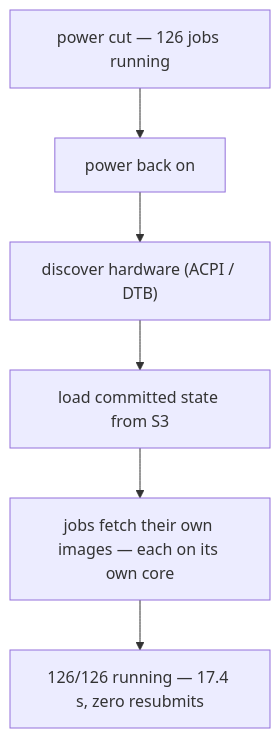
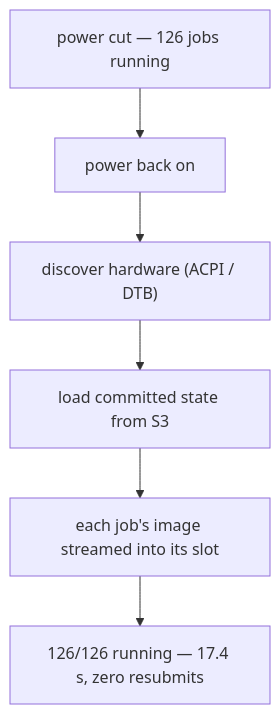
The diagram in docs/technical/stateless.md (xinix00/HopOS), drawn with Mermaid before and after one commit. The commit also changed other lines of this file and 44 other files, not shown here.

````diff
--- a/docs/technical/stateless.md
+++ b/docs/technical/stateless.md
@@ -16,8 +17,8 @@
 ```mermaid
 flowchart TD
   P["power cut — 126 jobs running"] --> O["power back on"]
   O --> D["discover hardware (ACPI / DTB)"]
   D --> S["load committed state from S3"]
-  S --> F["jobs fetch their own images — each on its own core"]
+  S --> F["each job's image streamed into its slot"]
   F --> R["126/126 running — 17.4 s, zero resubmits"]
 ```
````
